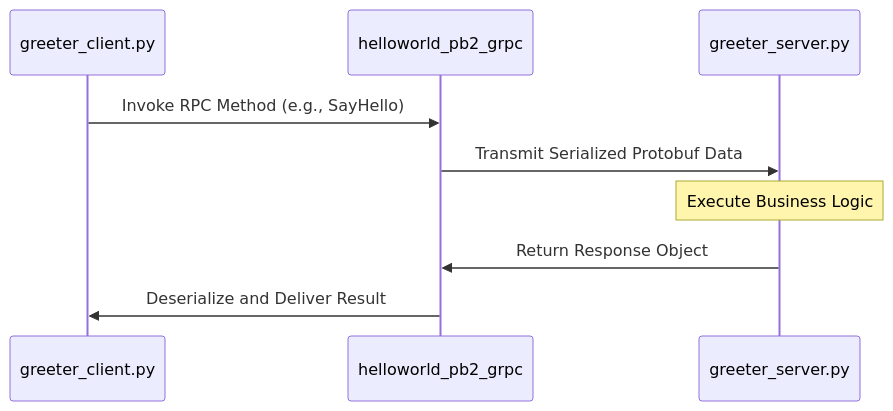
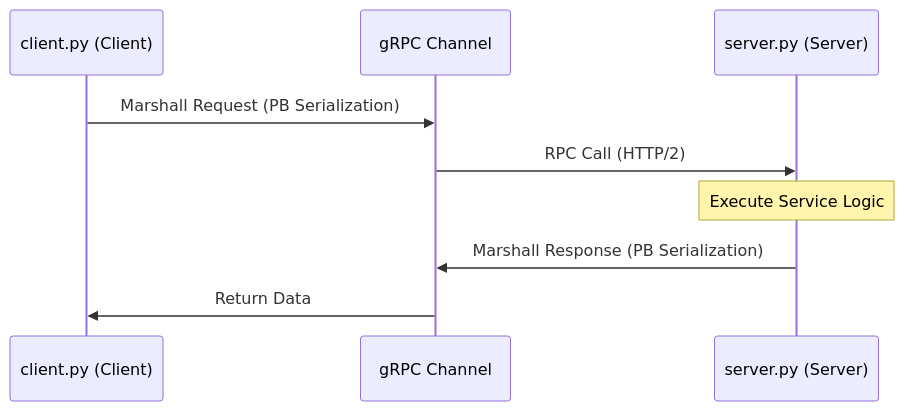
One commit to YusuffBulbul/GRPC_calisma changed the second of 2 diagrams in README_ARCH.md. Above: the diagram before and after it, drawn with Mermaid. The commit also changed other lines of this file, not shown here.

````diff
--- a/README_ARCH.md
+++ b/README_ARCH.md
@@ -57,13 +62,13 @@
 ```mermaid
 sequenceDiagram
-    participant C as greeter_client.py
-    participant G as helloworld_pb2_grpc
-    participant S as greeter_server.py
+    participant C as client.py (Client)
+    participant G as gRPC Channel
+    participant S as server.py (Server)
 
-    C->>G: Invoke RPC Method (e.g., SayHello)
-    G->>S: Transmit Serialized Protobuf Data
-    Note over S: Execute Business Logic
-    S->>G: Return Response Object
-    G->>C: Deserialize and Deliver Result
+    C->>G: Marshall Request (PB Serialization)
+    G->>S: RPC Call (HTTP/2)
+    Note over S: Execute Service Logic
+    S->>G: Marshall Response (PB Serialization)
+    G->>C: Return Data
 
 ```
````
